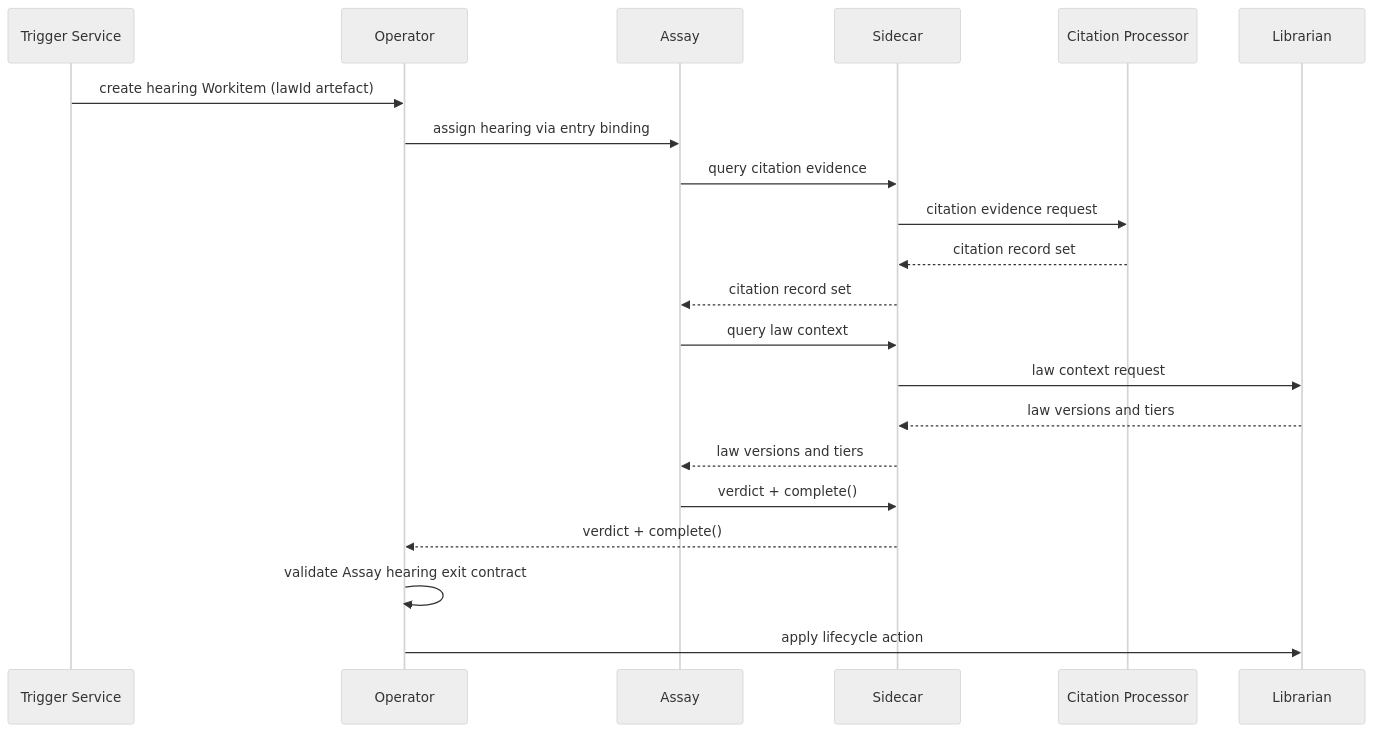
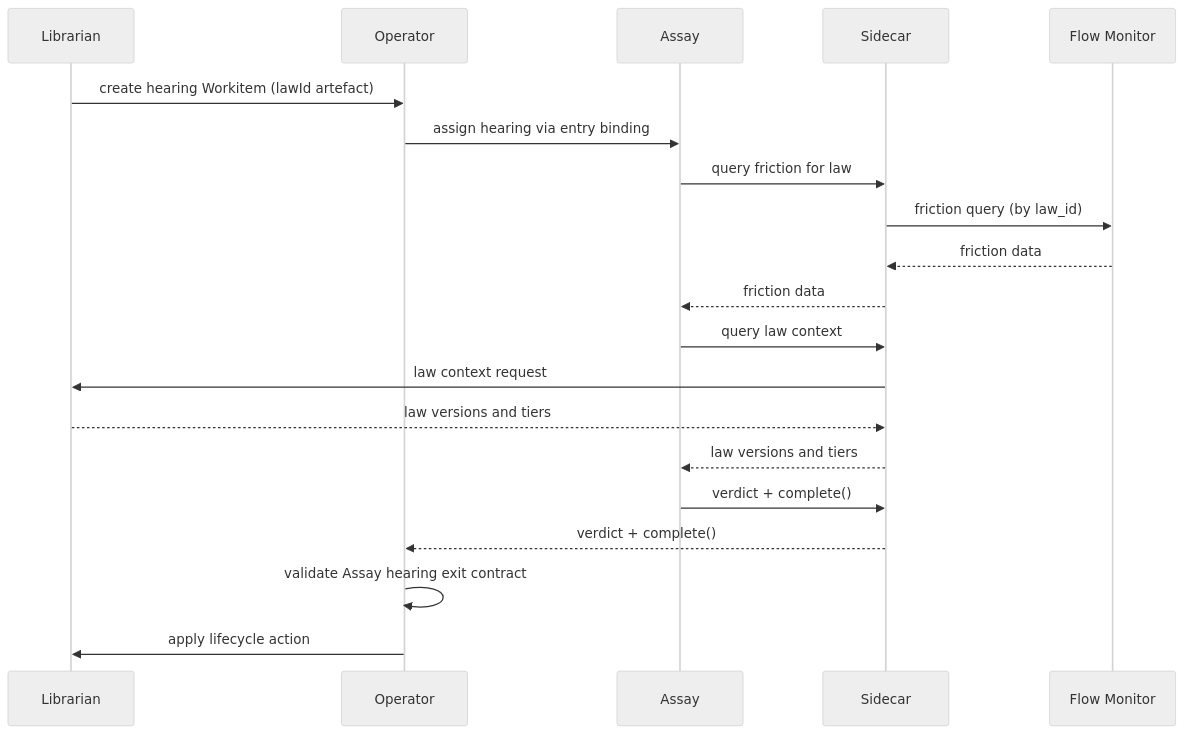
Before and after one commit to really-knows-ai/gideas: the fourth of 4 diagrams in 02-flow/04-system-services.md, drawn with Mermaid (neutral theme). The commit also changed other lines of this file and 13 other files, not shown here.

Commit message:
Refactor governance documentation to replace 'Citation Processor' with 'Flow Monitor' and update references to friction thresholds for law promotion and review hearings.

````diff
--- a/02-flow/04-system-services.md
+++ b/02-flow/04-system-services.md
@@ -231,24 +213,23 @@
 ```mermaid
 sequenceDiagram
-    participant TR as Trigger Service
+    participant LB as Librarian
     participant OP as Operator
     participant AS as Assay
     participant SC as Sidecar
-    participant CP as Citation Processor
-    participant LB as Librarian
+    participant FM as Flow Monitor
 
-    TR->>OP: create hearing Workitem (lawId artefact)
+    LB->>OP: create hearing Workitem (lawId artefact)
     OP->>AS: assign hearing via entry binding
-    AS->>SC: query citation evidence
-    SC->>CP: citation evidence request
-    CP-->>SC: citation record set
-    SC-->>AS: citation record set
+    AS->>SC: query friction for law
+    SC->>FM: friction query (by law_id)
+    FM-->>SC: friction data
+    SC-->>AS: friction data
     AS->>SC: query law context
     SC->>LB: law context request
     LB-->>SC: law versions and tiers
     SC-->>AS: law versions and tiers
     AS->>SC: verdict + complete()
     SC-->>OP: verdict + complete()
     OP->>OP: validate Assay hearing exit contract
     OP->>LB: apply lifecycle action
 ```
````
